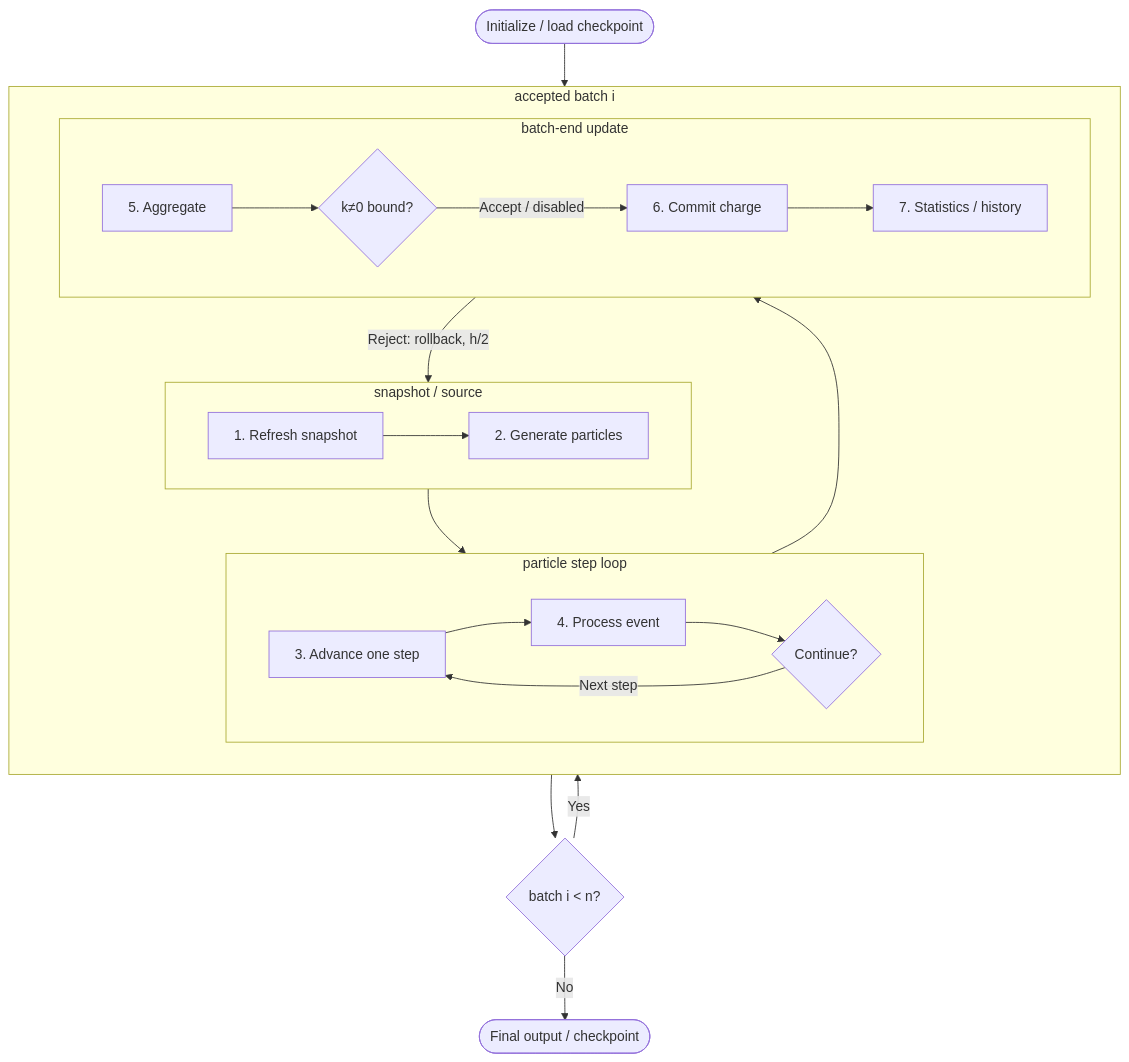
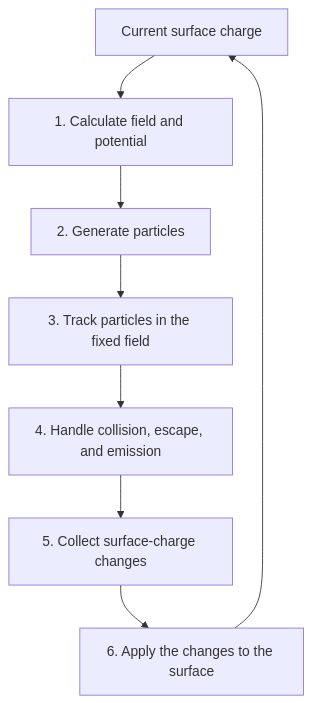
One commit to Nkzono99/BEACH changed the diagram in docs/Algorithms.en.md. Above: the diagram before and after it, drawn with Mermaid. The commit also changed other lines of this file and 79 other files, not shown here.

````diff
--- a/docs/Algorithms.en.md
+++ b/docs/Algorithms.en.md
@@ -16,34 +32,12 @@
 ```mermaid
 flowchart TD
-    start(["Initialize / load checkpoint"])
-    more{"batch i < n?"}
+    q["Current surface charge"]
+    field["1. Calculate field and potential"]
+    source["2. Generate particles"]
+    track["3. Track particles in the fixed field"]
+    event["4. Handle collision, escape, and emission"]
+    delta["5. Collect surface-charge changes"]
+    update["6. Apply the changes to the surface"]
 
-    subgraph batch["accepted batch i"]
-        direction TB
-        subgraph prepare["snapshot / source"]
-            direction LR
-            p1["1. Refresh snapshot"] --> p2["2. Generate particles"]
-        end
-
-        subgraph particle_loop["particle step loop"]
-            direction LR
-            p3["3. Advance one step"] --> p4["4. Process event"] --> tracking{"Continue?"}
-            tracking -- "Next step" --> p3
-        end
-
-        subgraph batch_end["batch-end update"]
-            direction LR
-            p5["5. Aggregate"] --> trust{"k≠0 bound?"}
-            trust -- "Accept / disabled" --> p6["6. Commit charge"] --> p7["7. Statistics / history"]
-        end
-
-        prepare --> particle_loop --> batch_end
-        trust -- "Reject: rollback, h/2" --> p2
-    end
-
-    finish(["Final output / checkpoint"])
-    start --> prepare
-    more -- "Yes" --> prepare
-    batch_end --> more
-    more -- "No" --> finish
+    q --> field --> source --> track --> event --> delta --> update --> q
 ```
````
